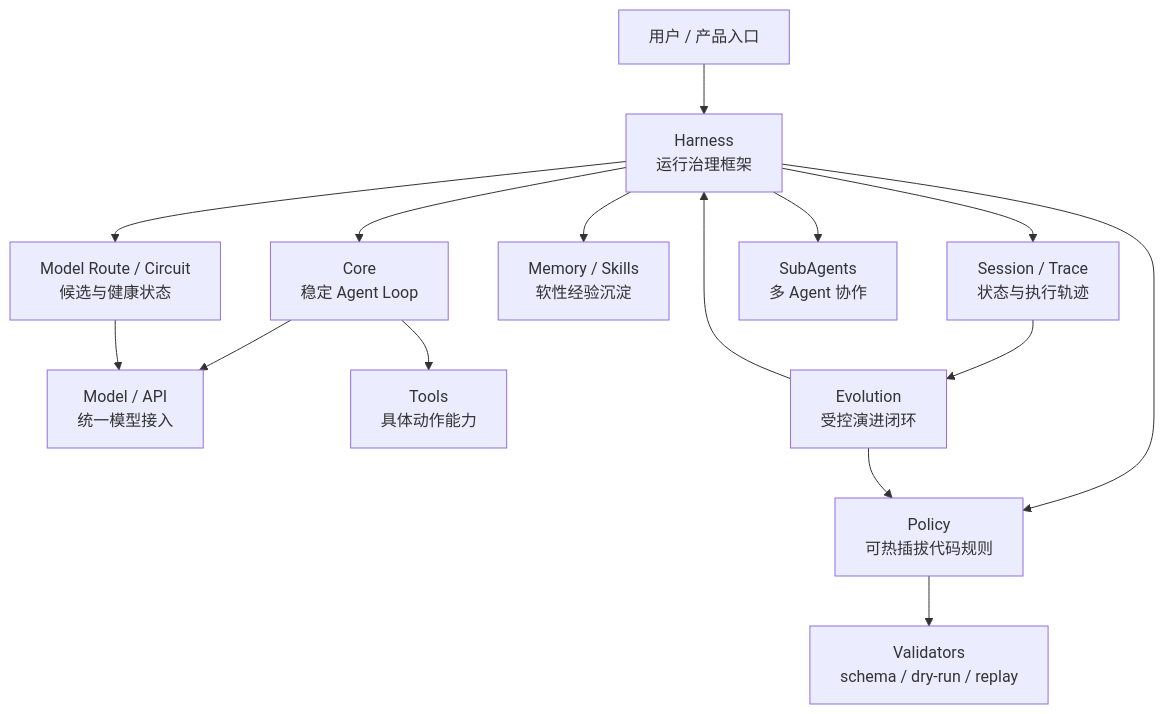
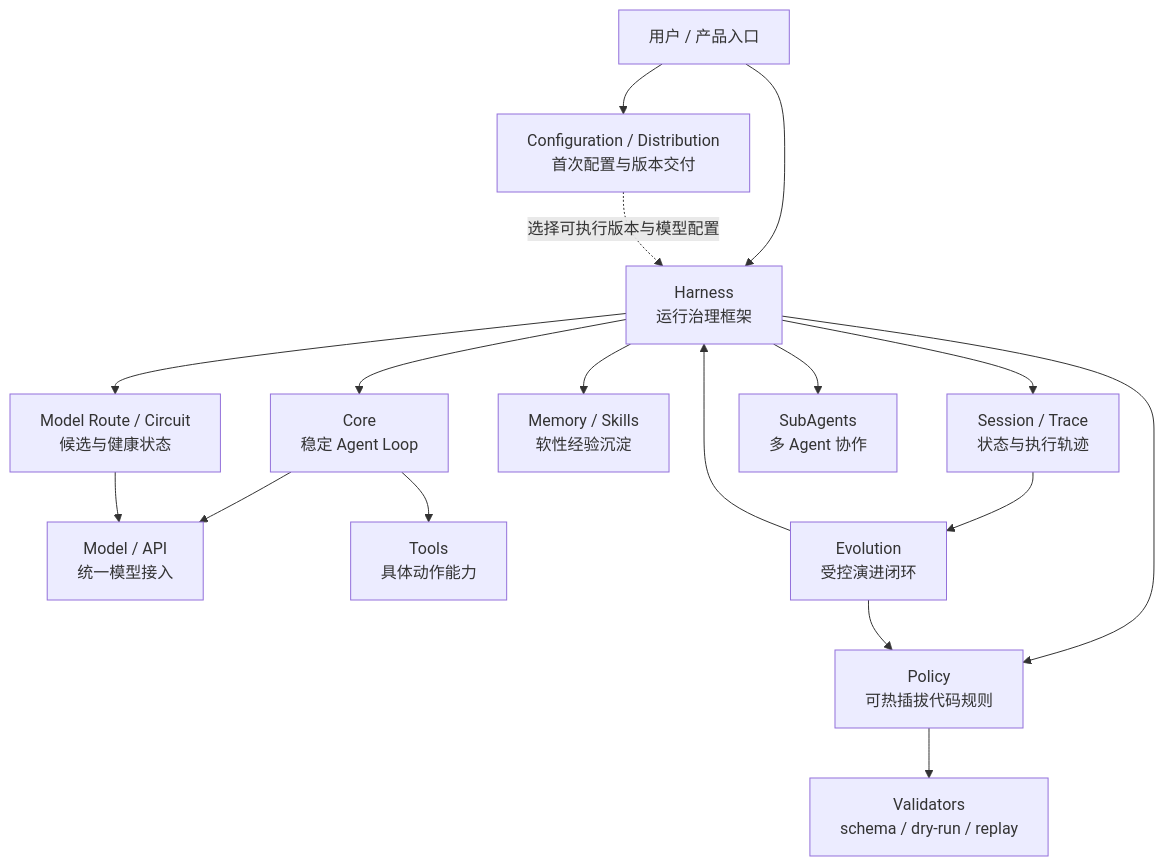
The first of 2 diagrams in docs/design/GLOBAL_ARCHITECTURE.md (WeiSuanDi/EvoPi), drawn with Mermaid before and after one commit. The commit also changed other lines of this file and 34 other files, not shown here.

````diff
--- a/docs/design/GLOBAL_ARCHITECTURE.md
+++ b/docs/design/GLOBAL_ARCHITECTURE.md
@@ -22,17 +22,19 @@
 ```mermaid
 flowchart TD
     User["用户 / 产品入口"] --> Harness["Harness<br/>运行治理框架"]
+    User --> Distribution["Configuration / Distribution<br/>首次配置与版本交付"]
     Harness --> Core["Core<br/>稳定 Agent Loop"]
     Core --> Model["Model / API<br/>统一模型接入"]
     Harness --> Routing["Model Route / Circuit<br/>候选与健康状态"]
     Routing --> Model
     Core --> Tools["Tools<br/>具体动作能力"]
     Harness --> Policy["Policy<br/>可热插拔代码规则"]
     Harness --> Memory["Memory / Skills<br/>软性经验沉淀"]
     Harness --> Session["Session / Trace<br/>状态与执行轨迹"]
     Harness --> SubAgents["SubAgents<br/>多 Agent 协作"]
     Policy --> Validators["Validators<br/>schema / dry-run / replay"]
     Session --> Evolution["Evolution<br/>受控演进闭环"]
     Evolution --> Policy
     Evolution --> Harness
+    Distribution -. "选择可执行版本与模型配置" .-> Harness
 ```
````
